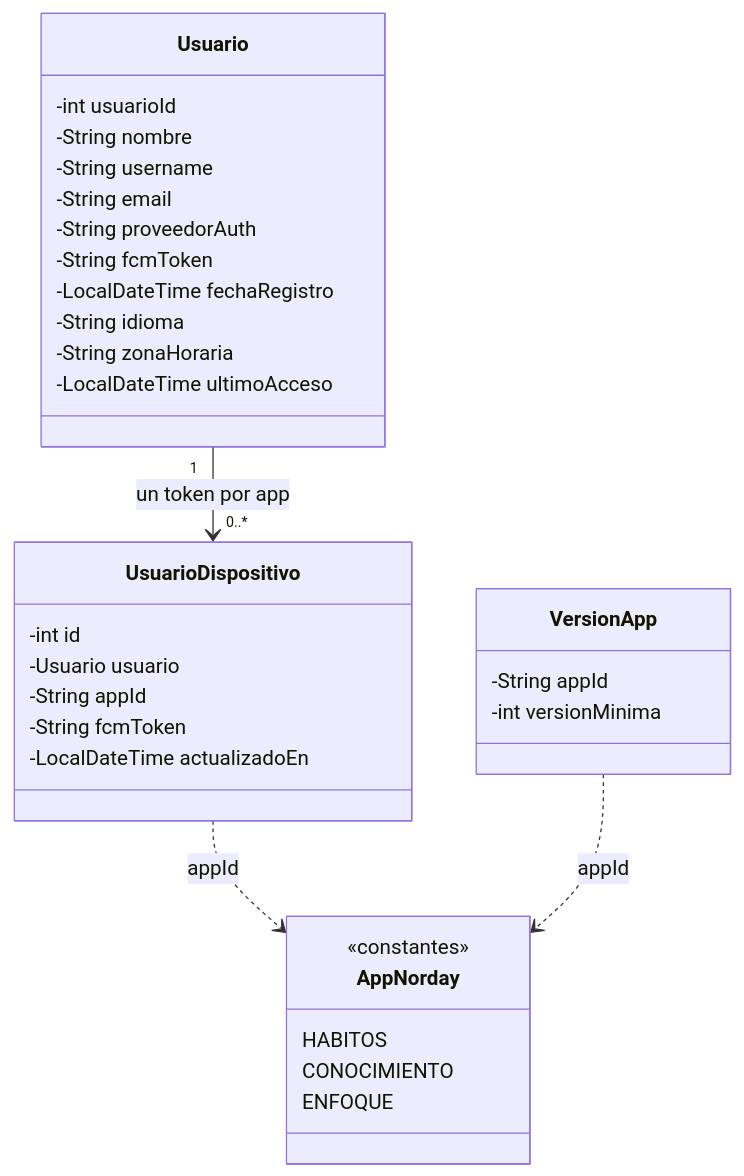
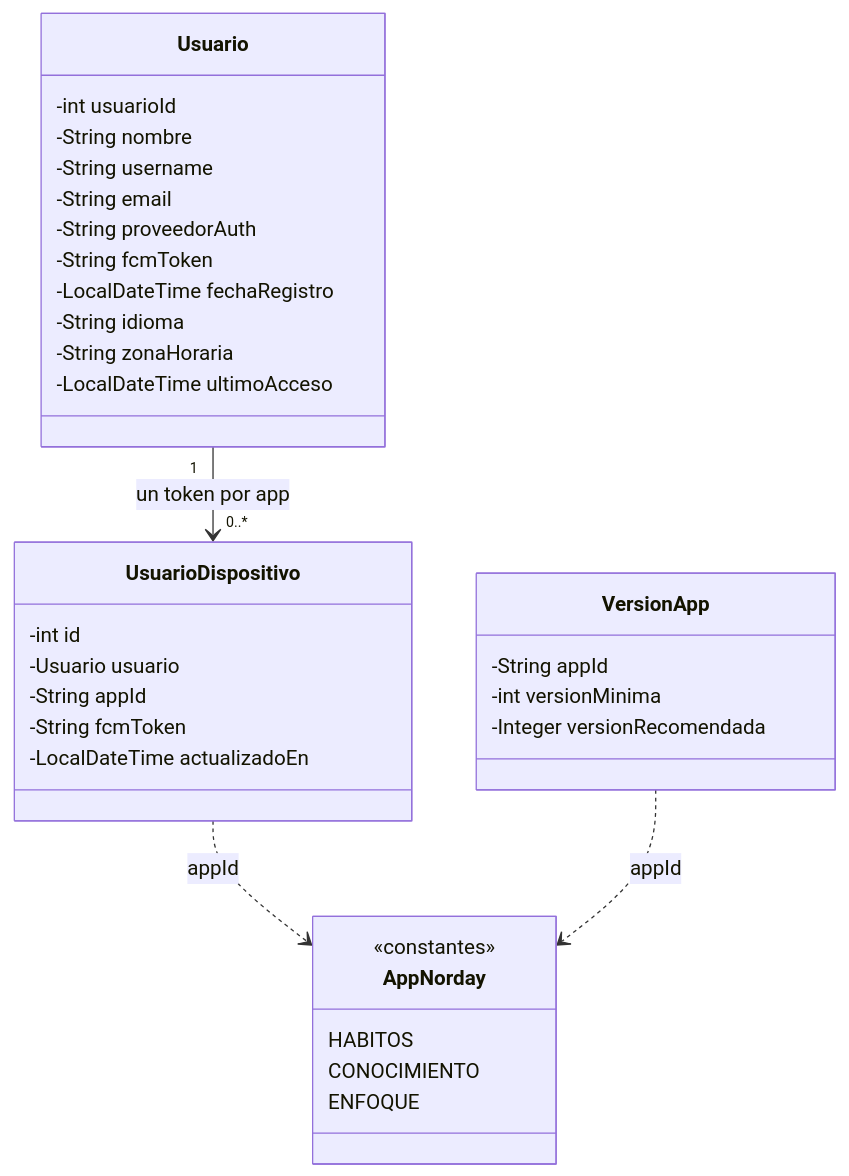
The third of 8 diagrams in docs/Logicas/05-diagramas-uml.md (jgrabalosa/habitos-app), drawn with Mermaid before and after one commit. The commit also changed other lines of this file and 8 other files, not shown here.

First line of the commit message:
T-061a: versión recomendada en GET /api/version/{appId}

````diff
--- a/docs/Logicas/05-diagramas-uml.md
+++ b/docs/Logicas/05-diagramas-uml.md
@@ -276,39 +276,40 @@
 ```mermaid
 classDiagram
     class Usuario {
         -int usuarioId
         -String nombre
         -String username
         -String email
         -String proveedorAuth
         -String fcmToken
         -LocalDateTime fechaRegistro
         -String idioma
         -String zonaHoraria
         -LocalDateTime ultimoAcceso
     }
 
     class UsuarioDispositivo {
         -int id
         -Usuario usuario
         -String appId
         -String fcmToken
         -LocalDateTime actualizadoEn
     }
 
     class VersionApp {
         -String appId
         -int versionMinima
+        -Integer versionRecomendada
     }
 
     class AppNorday {
         <<constantes>>
         HABITOS
         CONOCIMIENTO
         ENFOQUE
     }
 
     Usuario "1" --> "0..*" UsuarioDispositivo : un token por app
     UsuarioDispositivo ..> AppNorday : appId
     VersionApp ..> AppNorday : appId
 ```
````
